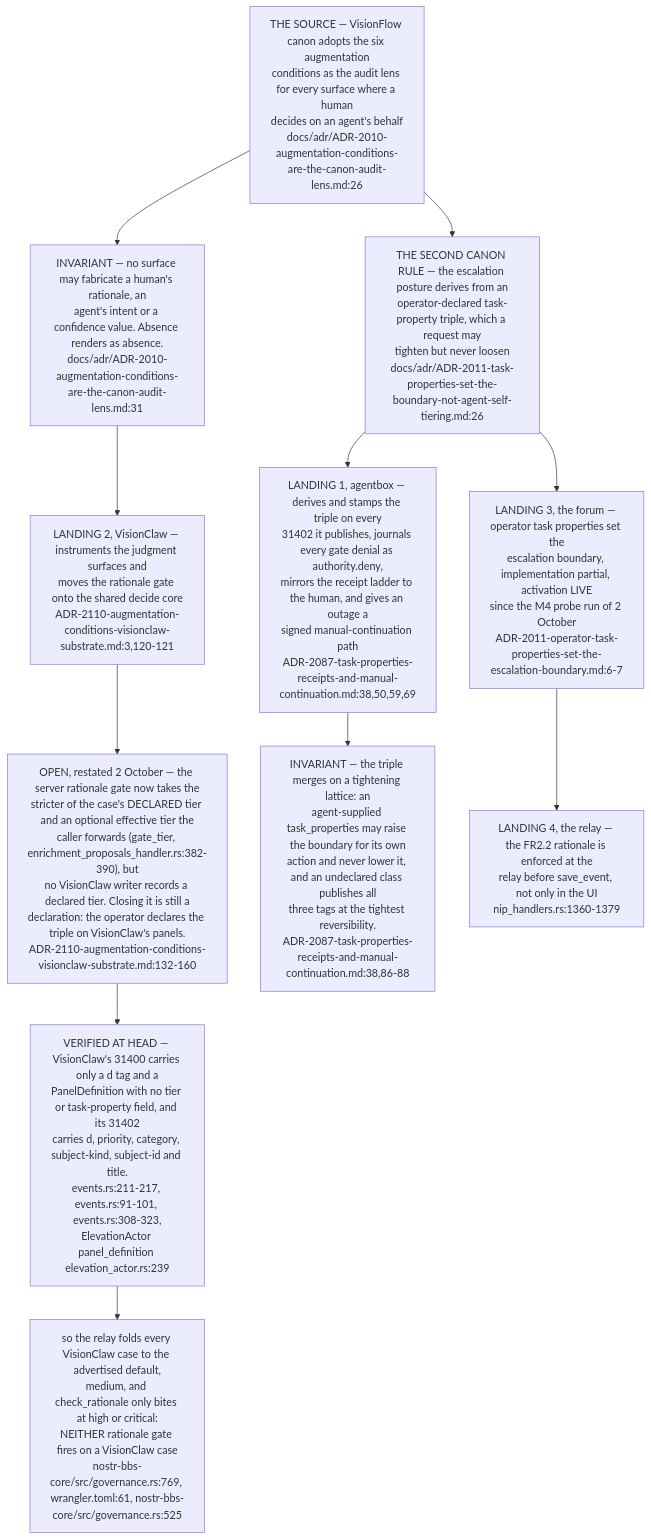
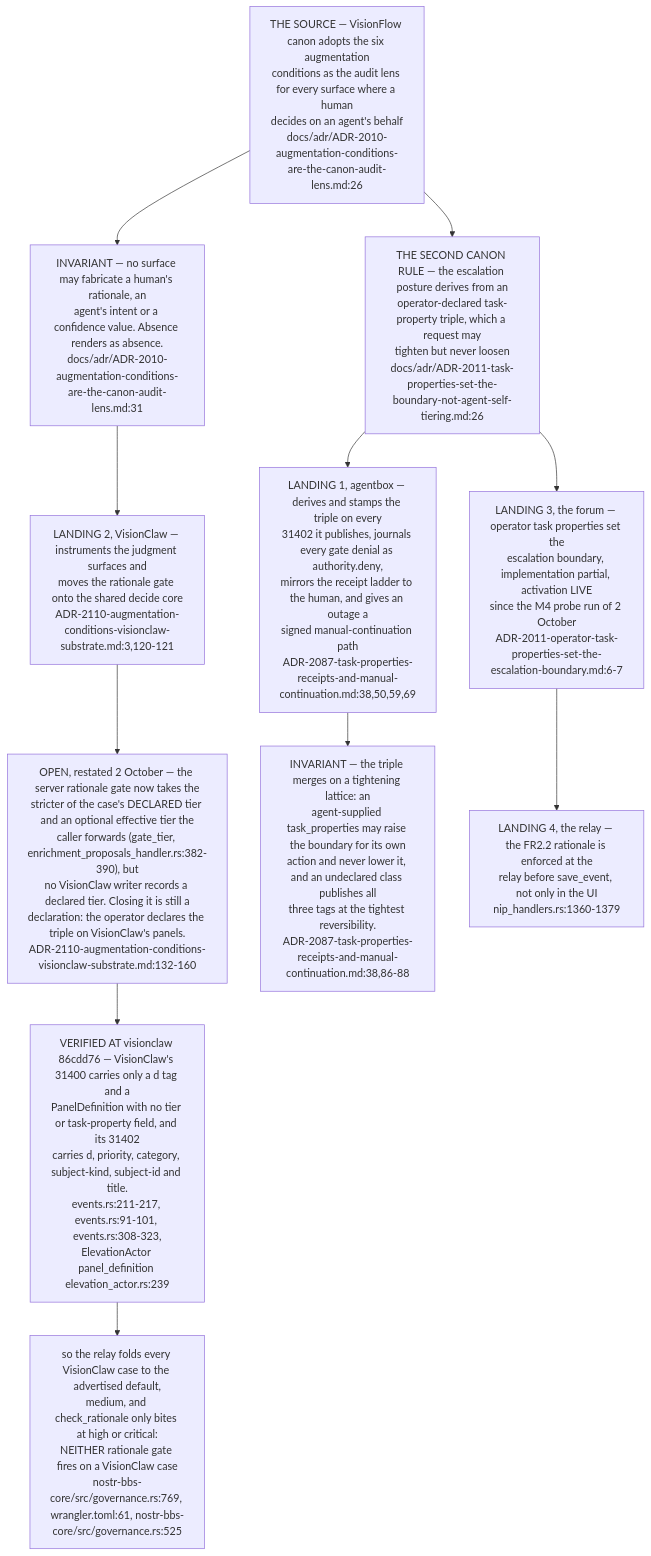
The eighth of 12 diagrams in docs/diagrams/estate/05-governance-loop-across-estate.md (DreamLab-AI/VisionFlow), drawn with Mermaid before and after one commit. The commit also changed other lines of this file and 91 other files, not shown here.

First line of the commit message:
docs(audit): estate audit wave 2, every repository except agentbox and VisionClaw

````diff
--- a/docs/diagrams/estate/05-governance-loop-across-estate.md
+++ b/docs/diagrams/estate/05-governance-loop-across-estate.md
@@ -246,27 +248,27 @@
 ```mermaid
 flowchart TB
     CANON["THE SOURCE — VisionFlow canon adopts the six augmentation<br/>conditions as the audit lens for every surface where a human<br/>decides on an agent's behalf<br/>docs/adr/ADR-2010-augmentation-conditions-are-the-canon-audit-lens.md:26"]
     RULE["INVARIANT — no surface may fabricate a human's rationale, an<br/>agent's intent or a confidence value. Absence renders as absence.<br/>docs/adr/ADR-2010-augmentation-conditions-are-the-canon-audit-lens.md:31"]
     BOUND["THE SECOND CANON RULE — the escalation posture derives from an<br/>operator-declared task-property triple, which a request may<br/>tighten but never loosen<br/>docs/adr/ADR-2011-task-properties-set-the-boundary-not-agent-self-tiering.md:26"]
     CANON --> RULE
     CANON --> BOUND
 
     AB["LANDING 1, agentbox — derives and stamps the triple on every<br/>31402 it publishes, journals every gate denial as authority.deny,<br/>mirrors the receipt ladder to the human, and gives an outage a<br/>signed manual-continuation path<br/>ADR-2087-task-properties-receipts-and-manual-continuation.md:38,50,59,69"]
     VC["LANDING 2, VisionClaw — instruments the judgment surfaces and<br/>moves the rationale gate onto the shared decide core<br/>ADR-2110-augmentation-conditions-visionclaw-substrate.md:3,120-121"]
     FRM["LANDING 3, the forum — operator task properties set the<br/>escalation boundary, implementation partial, activation LIVE<br/>since the M4 probe run of 2 October<br/>ADR-2011-operator-task-properties-set-the-escalation-boundary.md:6-7"]
     REL["LANDING 4, the relay — the FR2.2 rationale is enforced at the<br/>relay before save_event, not only in the UI<br/>nip_handlers.rs:1360-1379"]
 
     BOUND --> AB
     RULE --> VC
     BOUND --> FRM
     FRM --> REL
 
     OPEN["OPEN, restated 2 October — the server rationale gate now takes the<br/>stricter of the case's DECLARED tier and an optional effective tier the<br/>caller forwards (gate_tier, enrichment_proposals_handler.rs:382-390), but<br/>no VisionClaw writer records a declared tier. Closing it is still a<br/>declaration: the operator declares the triple on VisionClaw's panels.<br/>ADR-2110-augmentation-conditions-visionclaw-substrate.md:132-160"]
-    NOTIER["VERIFIED AT HEAD — VisionClaw's 31400 carries only a d tag and a<br/>PanelDefinition with no tier or task-property field, and its 31402<br/>carries d, priority, category, subject-kind, subject-id and title.<br/>events.rs:211-217, events.rs:91-101, events.rs:308-323,<br/>ElevationActor panel_definition elevation_actor.rs:239"]
+    NOTIER["VERIFIED AT visionclaw 86cdd76 — VisionClaw's 31400 carries only a d tag and a<br/>PanelDefinition with no tier or task-property field, and its 31402<br/>carries d, priority, category, subject-kind, subject-id and title.<br/>events.rs:211-217, events.rs:91-101, events.rs:308-323,<br/>ElevationActor panel_definition elevation_actor.rs:239"]
     MED["so the relay folds every VisionClaw case to the advertised default,<br/>medium, and check_rationale only bites at high or critical:<br/>NEITHER rationale gate fires on a VisionClaw case<br/>nostr-bbs-core/src/governance.rs:769, wrangler.toml:61, nostr-bbs-core/src/governance.rs:525"]
     OPEN --> NOTIER --> MED
     VC --> OPEN
 
     TIGHT["INVARIANT — the triple merges on a tightening lattice: an<br/>agent-supplied task_properties may raise the boundary for its own<br/>action and never lower it, and an undeclared class publishes all<br/>three tags at the tightest reversibility.<br/>ADR-2087-task-properties-receipts-and-manual-continuation.md:38,86-88"]
     AB --> TIGHT
 ```
````
